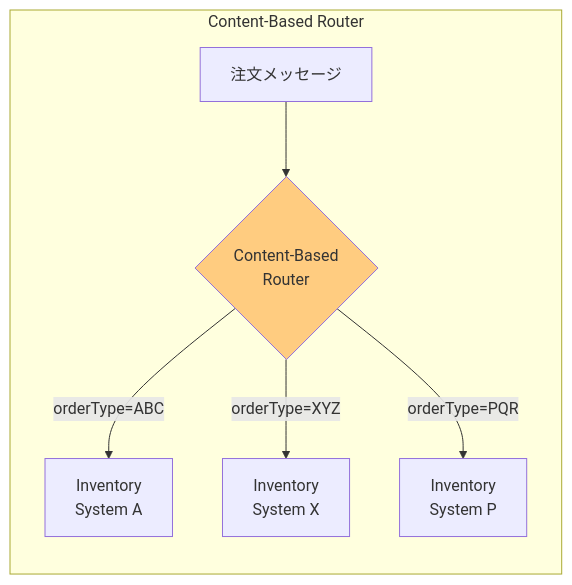
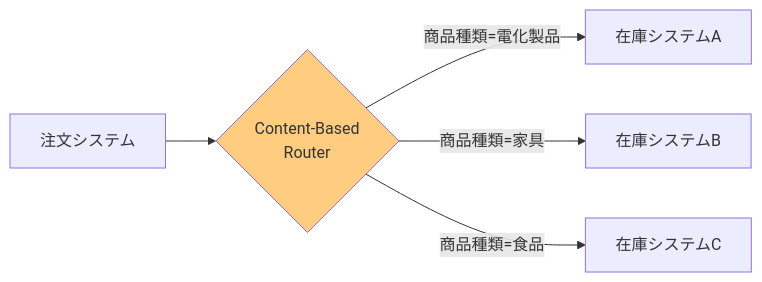
One commit to tomoikey/quartz changed the second of 3 diagrams in content/programming/reactive_messaging_pattern/simple-routers/content_based_router.md. Above: the diagram before and after it, drawn with Mermaid. The commit also changed other lines of this file and 18 other files, not shown here.

````diff
--- a/content/programming/reactive_messaging_pattern/simple-routers/content_based_router.md
+++ b/content/programming/reactive_messaging_pattern/simple-routers/content_based_router.md
@@ -34,11 +59,9 @@
 ```mermaid
 graph LR
-    subgraph "Content-Based Router"
-        ORDER[注文メッセージ] --> CBR{Content-Based<br/>Router}
-        CBR -->|orderType=ABC| INV_A[Inventory<br/>System A]
-        CBR -->|orderType=XYZ| INV_X[Inventory<br/>System X]
-        CBR -->|orderType=PQR| INV_P[Inventory<br/>System P]
-    end
+    ORDER[注文システム] --> CBR{Content-Based<br/>Router}
+    CBR -->|商品種類=電化製品| SYS_A[在庫システムA]
+    CBR -->|商品種類=家具| SYS_B[在庫システムB]
+    CBR -->|商品種類=食品| SYS_C[在庫システムC]
 
     style CBR fill:#ffcc80
 ```
````
